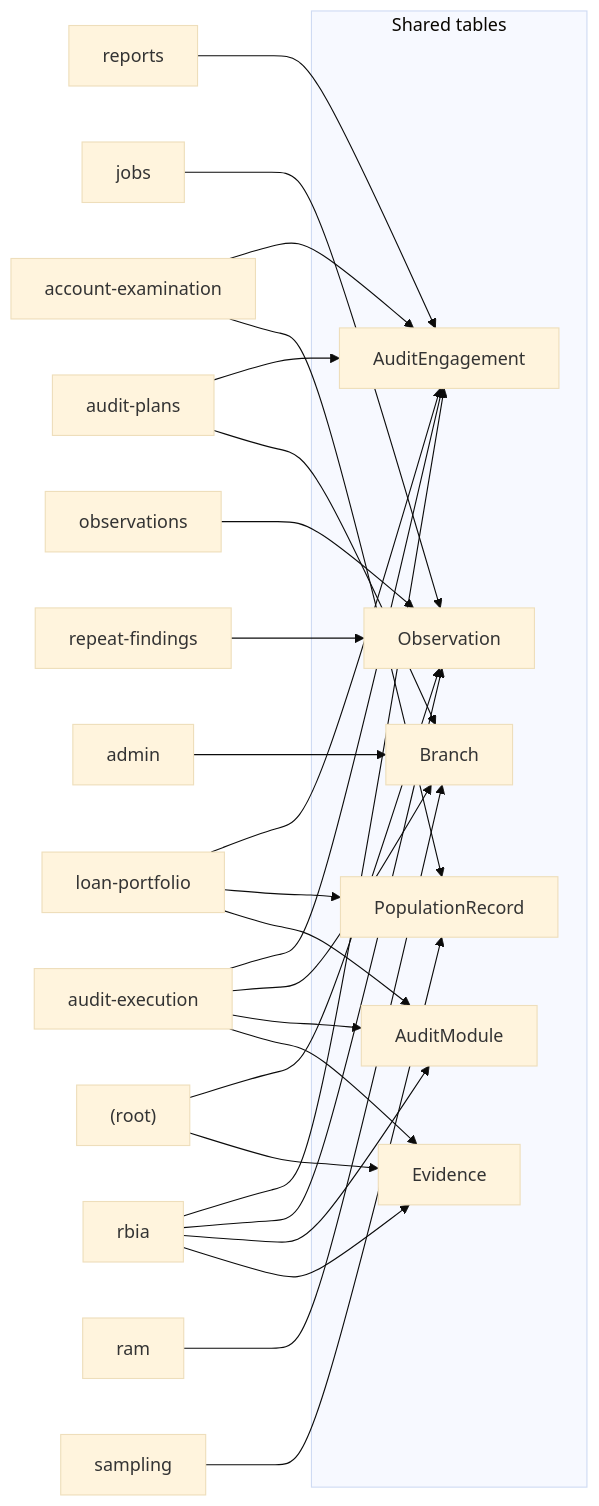
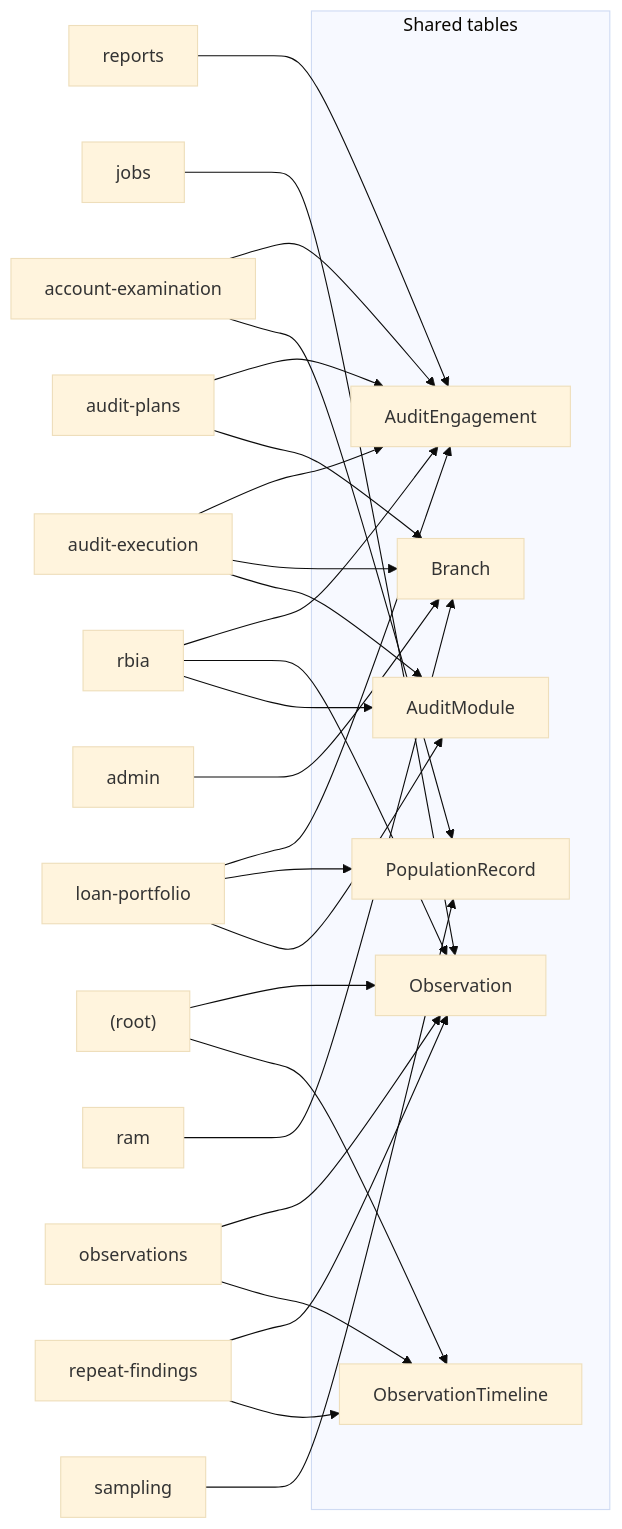
Before and after one commit to nc-sapiex/aegis-2: the first of 3 diagrams in docs/reference/data-flows.md, drawn with Mermaid (base theme). The commit also changed other lines of this file and 26 other files, not shown here.

````diff
--- a/docs/reference/data-flows.md
+++ b/docs/reference/data-flows.md
@@ -74,48 +74,48 @@
 ```mermaid
 flowchart LR
     subgraph hubs [Shared tables]
         T_AuditEngagement["AuditEngagement"]
         T_Observation["Observation"]
         T_Branch["Branch"]
         T_PopulationRecord["PopulationRecord"]
         T_AuditModule["AuditModule"]
-        T_Evidence["Evidence"]
+        T_ObservationTimeline["ObservationTimeline"]
     end
     D_account_examination["account-examination"]
     D_account_examination --> T_AuditEngagement
     D_audit_execution["audit-execution"]
     D_audit_execution --> T_AuditEngagement
     D_audit_plans["audit-plans"]
     D_audit_plans --> T_AuditEngagement
     D_loan_portfolio["loan-portfolio"]
     D_loan_portfolio --> T_AuditEngagement
     D_rbia["rbia"]
     D_rbia --> T_AuditEngagement
     D_reports["reports"]
     D_reports --> T_AuditEngagement
     D__root_["(root)"]
     D__root_ --> T_Observation
     D_jobs["jobs"]
     D_jobs --> T_Observation
     D_observations["observations"]
     D_observations --> T_Observation
     D_rbia --> T_Observation
     D_repeat_findings["repeat-findings"]
     D_repeat_findings --> T_Observation
     D_admin["admin"]
     D_admin --> T_Branch
     D_audit_execution --> T_Branch
     D_audit_plans --> T_Branch
     D_ram["ram"]
     D_ram --> T_Branch
     D_account_examination --> T_PopulationRecord
     D_loan_portfolio --> T_PopulationRecord
     D_sampling["sampling"]
     D_sampling --> T_PopulationRecord
     D_audit_execution --> T_AuditModule
     D_loan_portfolio --> T_AuditModule
     D_rbia --> T_AuditModule
-    D__root_ --> T_Evidence
-    D_audit_execution --> T_Evidence
-    D_rbia --> T_Evidence
+    D__root_ --> T_ObservationTimeline
+    D_observations --> T_ObservationTimeline
+    D_repeat_findings --> T_ObservationTimeline
 ```
````
